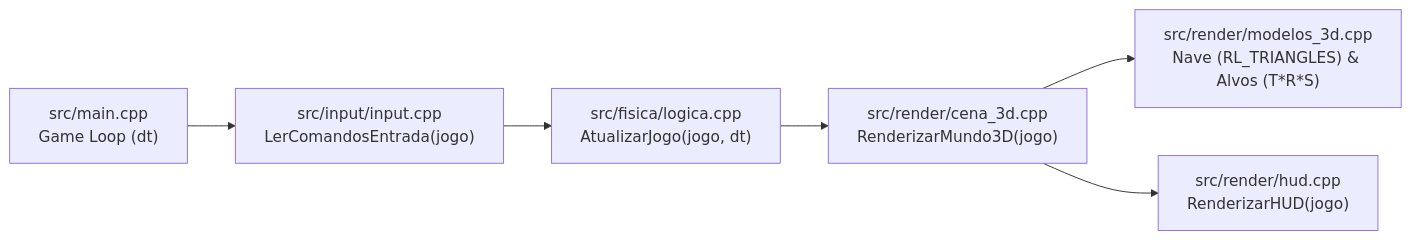
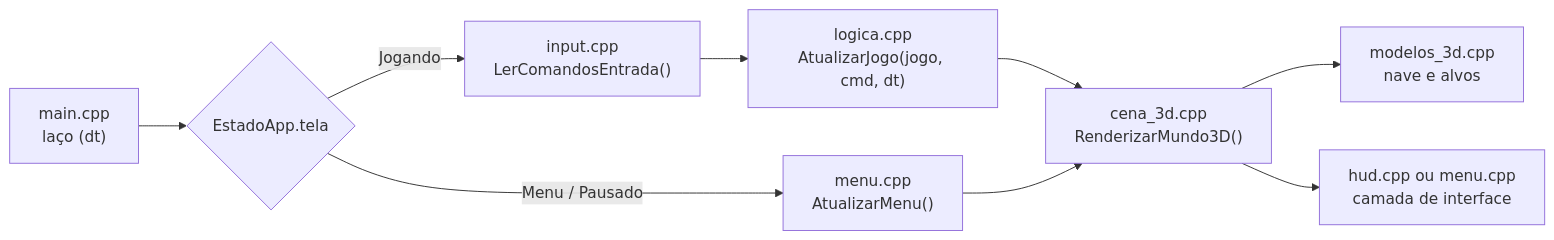
Before and after one commit to MarcosAndradeV/computacao-grafica: the diagram in README.md, drawn with Mermaid. The commit also changed other lines of this file and 16 other files, not shown here.

````diff
--- a/README.md
+++ b/README.md
@@ -45,8 +42,11 @@
 ```mermaid
 flowchart LR
-    A["src/main.cpp<br/>Game Loop (dt)"] --> I["src/input/input.cpp<br/>LerComandosEntrada(jogo)"]
-    I --> B["src/fisica/logica.cpp<br/>AtualizarJogo(jogo, dt)"]
-    B --> C["src/render/cena_3d.cpp<br/>RenderizarMundo3D(jogo)"]
-    C --> D["src/render/modelos_3d.cpp<br/>Nave (RL_TRIANGLES) & Alvos (T*R*S)"]
-    C --> E["src/render/hud.cpp<br/>RenderizarHUD(jogo)"]
+    A["main.cpp<br/>laço (dt)"] --> T{"EstadoApp.tela"}
+    T -->|Jogando| I["input.cpp<br/>LerComandosEntrada()"]
+    I --> B["logica.cpp<br/>AtualizarJogo(jogo, cmd, dt)"]
+    T -->|Menu / Pausado| M["menu.cpp<br/>AtualizarMenu()"]
+    B --> C["cena_3d.cpp<br/>RenderizarMundo3D()"]
+    M --> C
+    C --> D["modelos_3d.cpp<br/>nave e alvos"]
+    C --> E["hud.cpp ou menu.cpp<br/>camada de interface"]
 ```
````
